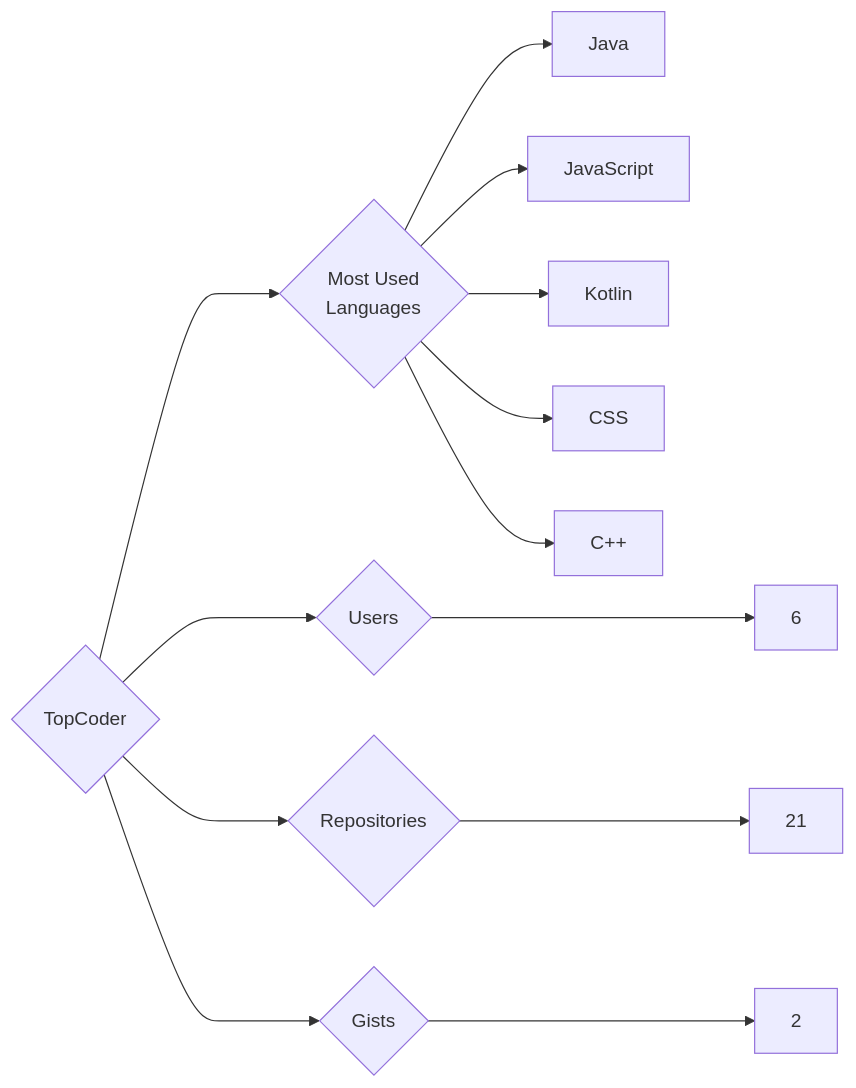
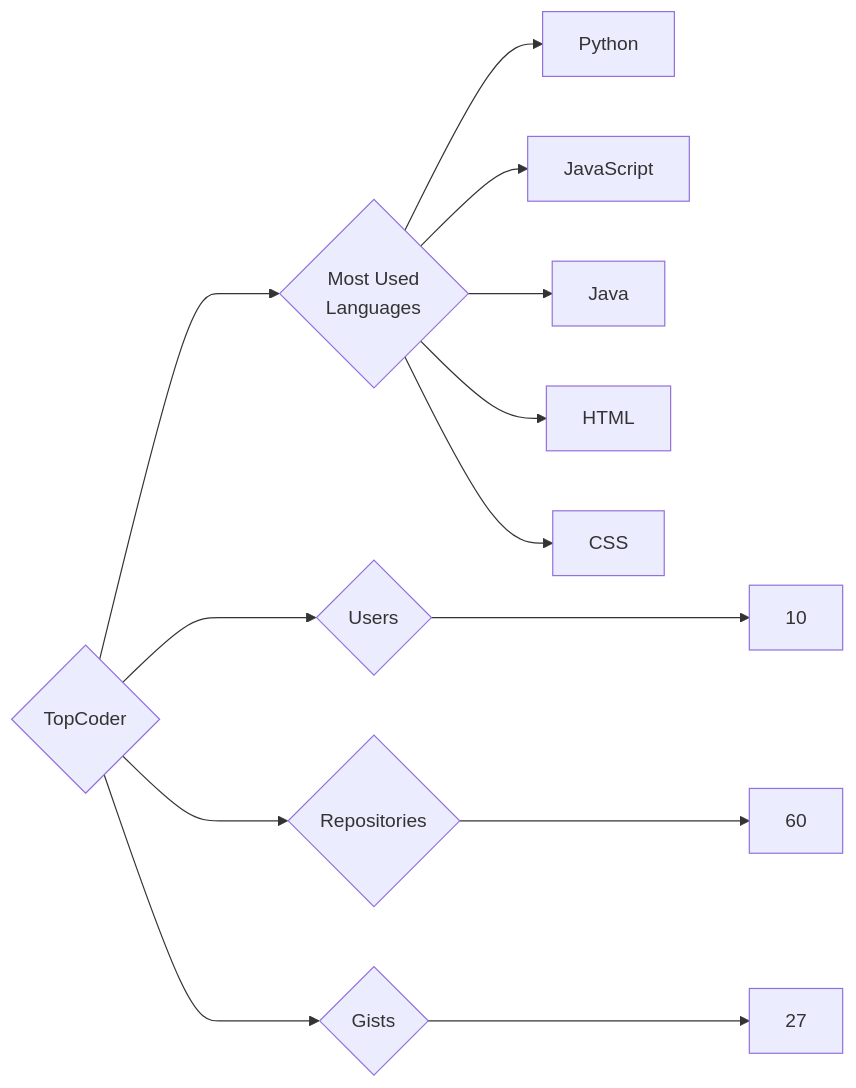
One commit to trickest/insiders changed the diagram in targets/TopCoder/README.md. Above: the diagram before and after it, drawn with Mermaid. The commit also changed 1479 other files, not shown here.

````diff
--- a/targets/TopCoder/README.md
+++ b/targets/TopCoder/README.md
@@ -3,13 +3,13 @@
 ```mermaid
 graph LR
 COMPANY_NAME{TopCoder}
-COMPANY_NAME ---> U{Users} ---> UN[6]
-COMPANY_NAME ---> R{Repositories} ---> RN[21]
-COMPANY_NAME ---> G{Gists} ---> GN[2]
+COMPANY_NAME ---> U{Users} ---> UN[10]
+COMPANY_NAME ---> R{Repositories} ---> RN[60]
+COMPANY_NAME ---> G{Gists} ---> GN[27]
 COMPANY_NAME ---> ML{Most Used<br>Languages}
+ML --> Python[Python]
+ML --> JavaScript[JavaScript]
 ML --> Java[Java]
-ML --> JavaScript[JavaScript]
-ML --> Kotlin[Kotlin]
+ML --> HTML[HTML]
 ML --> CSS[CSS]
-ML --> C++[C++]
 ```
````
